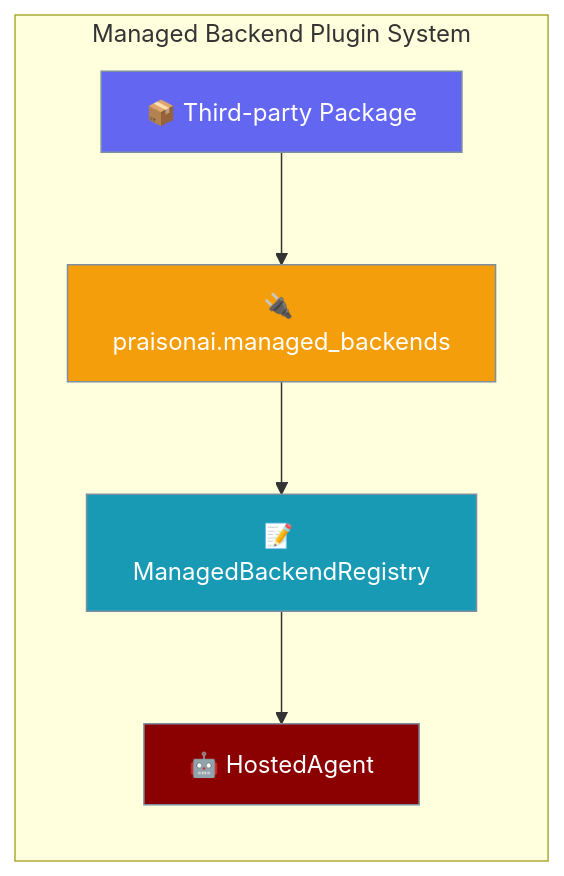
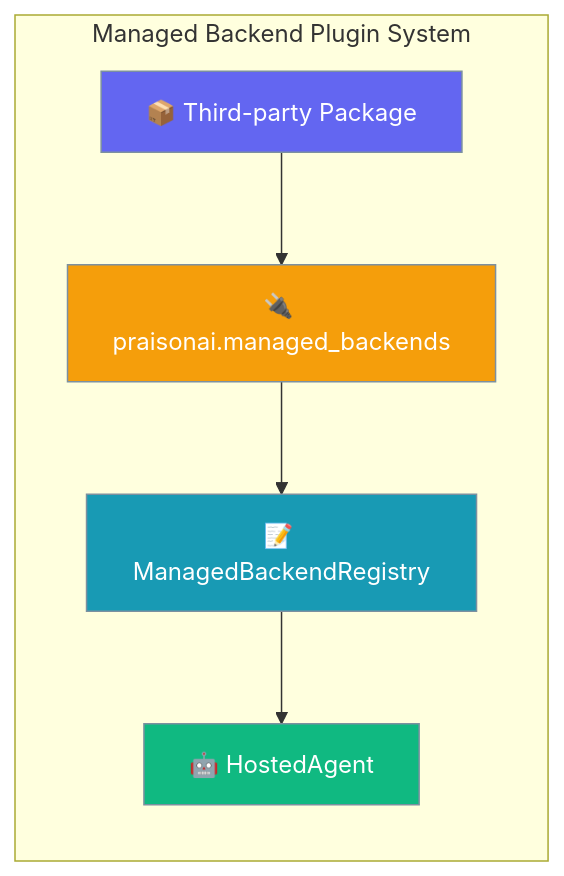
One commit to MervinPraison/PraisonAIDocs changed the first of 2 diagrams in docs/features/managed-backend-plugins.mdx. Above: the diagram before and after it, drawn with Mermaid. The commit also changed 24 other files, not shown here.

First line of the commit message:
fix(docs): remove duplicate conflicting classDef declarations in hero mermaid blocks

````diff
--- a/docs/features/managed-backend-plugins.mdx
+++ b/docs/features/managed-backend-plugins.mdx
@@ -10,20 +10,19 @@
 ```mermaid
 graph LR
     subgraph "Managed Backend Plugin System"
         A[📦 Third-party Package] --> B[🔌 praisonai.managed_backends]
         B --> C[📝 ManagedBackendRegistry]
         C --> D[🤖 HostedAgent]
     end
 
     classDef package fill:#6366F1,stroke:#7C90A0,color:#fff
     classDef entrypoint fill:#F59E0B,stroke:#7C90A0,color:#fff
     classDef registry fill:#189AB4,stroke:#7C90A0,color:#fff
     classDef agent fill:#10B981,stroke:#7C90A0,color:#fff
 
     class A package
     class B entrypoint
     class C registry
     class D agent
-    classDef agent fill:#8B0000,color:#fff
     classDef tool fill:#189AB4,color:#fff
 ```
````
